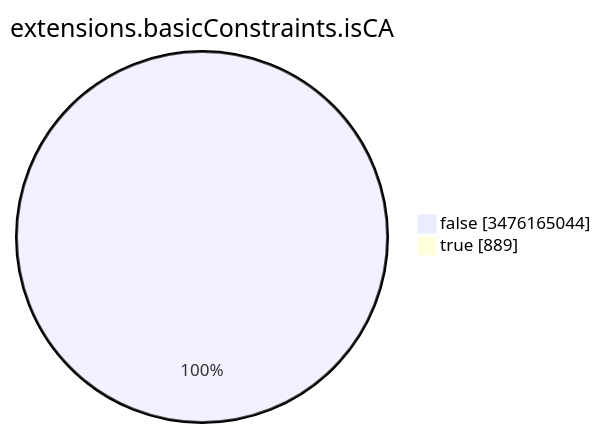
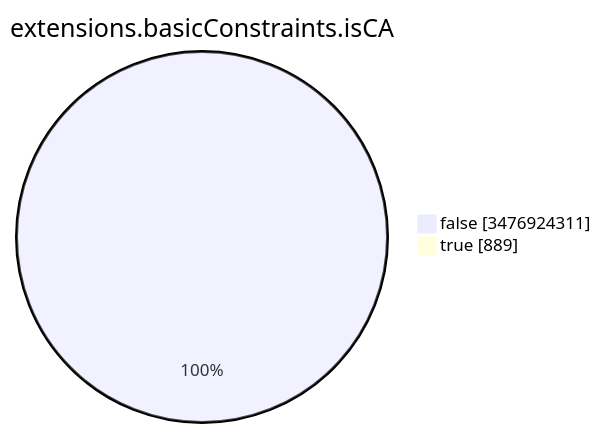
The seventh of 15 diagrams in TOTAL/README.md (christiankrug/ctmonitor_visualization), drawn with Mermaid before and after one commit. The commit also changed other lines of this file, not shown here.

````diff
--- a/TOTAL/README.md
+++ b/TOTAL/README.md
@@ -3093,6 +3093,6 @@
 ```mermaid
 pie showData
 title extensions.basicConstraints.isCA
-"false" :3476165044
+"false" :3476924311
 "true" :889
 ```
````
